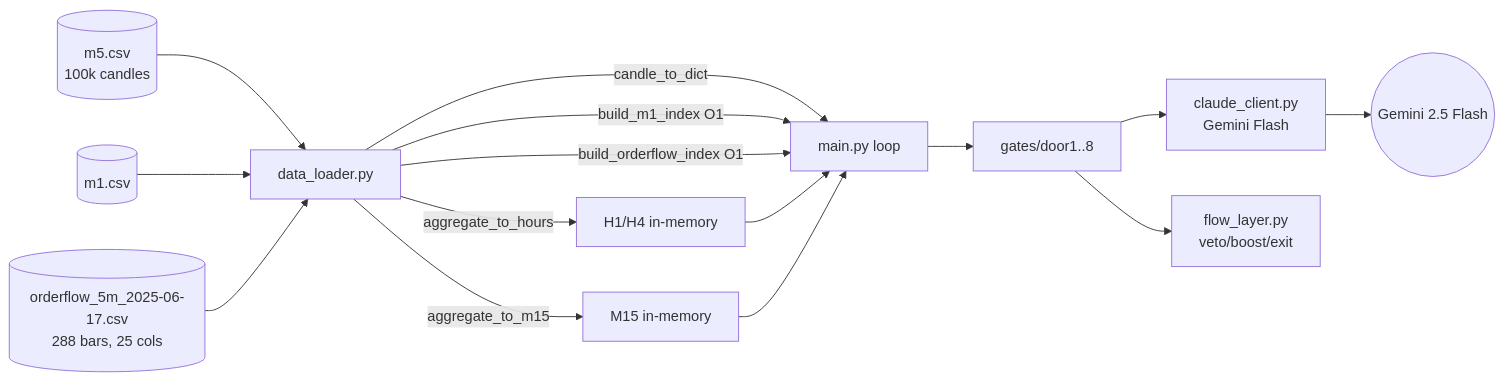
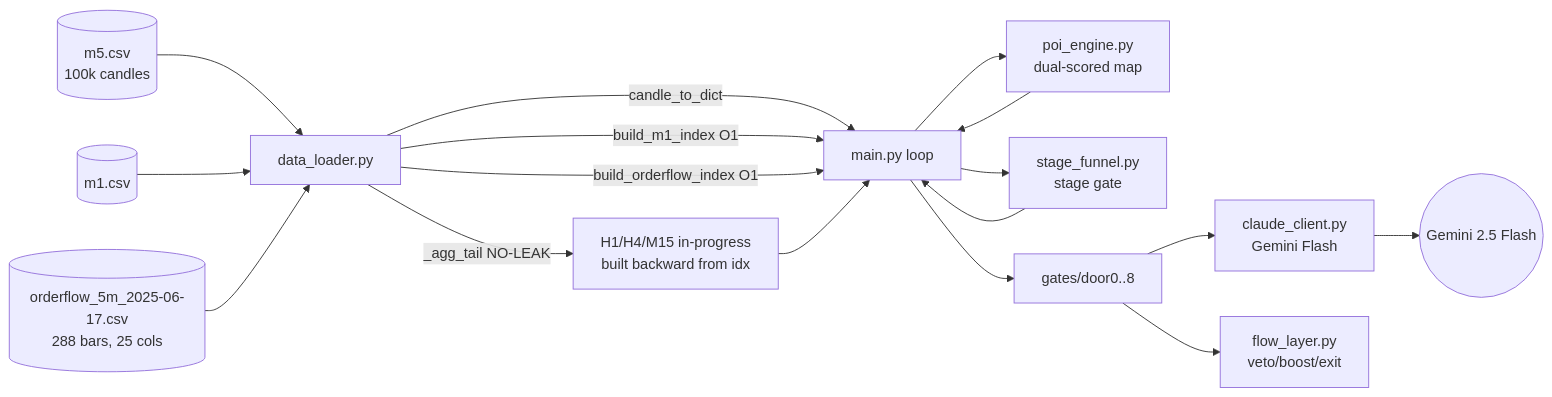
The fifth of 8 diagrams in ARCHITECTURE.md (varsansri/6yearsofpain17), drawn with Mermaid before and after one commit. The commit also changed other lines of this file and 2 other files, not shown here.

First line of the commit message:
docs: update ARCHITECTURE.md, DOORS.md, CLAUDE.md for new architecture

````diff
--- a/ARCHITECTURE.md
+++ b/ARCHITECTURE.md
@@ -111,20 +144,22 @@
 ```mermaid
 flowchart LR
     M5[(m5.csv\n100k candles)] --> DL[data_loader.py]
     M1[(m1.csv)] --> DL
     OF[(orderflow_5m_2025-06-17.csv\n288 bars, 25 cols)] --> DL
 
     DL -->|candle_to_dict| MAIN[main.py loop]
     DL -->|build_m1_index O1| MAIN
     DL -->|build_orderflow_index O1| MAIN
-    DL -->|aggregate_to_hours| H1H4[H1/H4 in-memory]
-    DL -->|aggregate_to_m15| M15[M15 in-memory]
+    DL -->|_agg_tail NO-LEAK| HTF[H1/H4/M15 in-progress\nbuilt backward from idx]
 
-    H1H4 --> MAIN
-    M15 --> MAIN
+    HTF --> MAIN
+    MAIN --> POIE[poi_engine.py\ndual-scored map]
+    MAIN --> STG[stage_funnel.py\nstage gate]
+    POIE --> MAIN
+    STG --> MAIN
 
-    MAIN --> DOORS[gates/door1..8]
+    MAIN --> DOORS[gates/door0..8]
     DOORS --> CC[claude_client.py\nGemini Flash]
     DOORS --> FL[flow_layer.py\nveto/boost/exit]
     CC --> GEMINI((Gemini 2.5 Flash))
 ```
````
